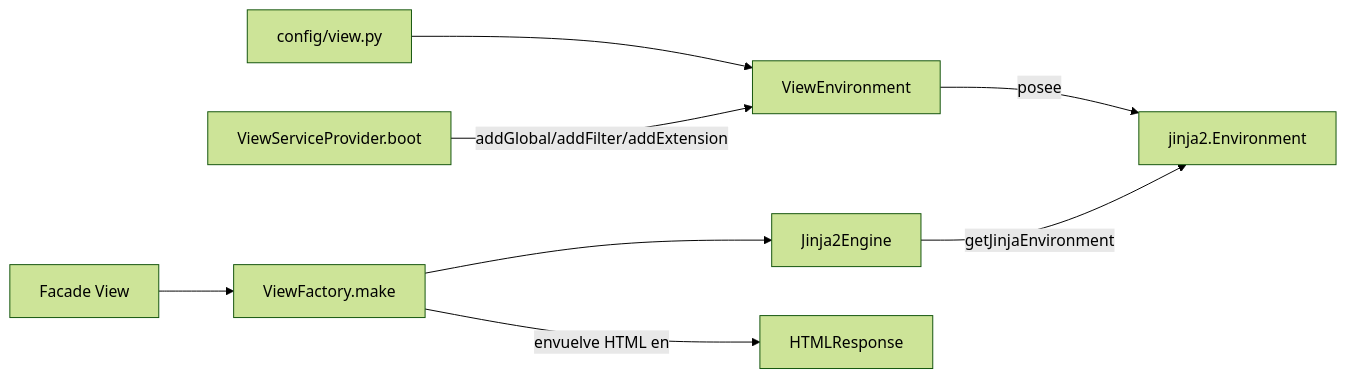
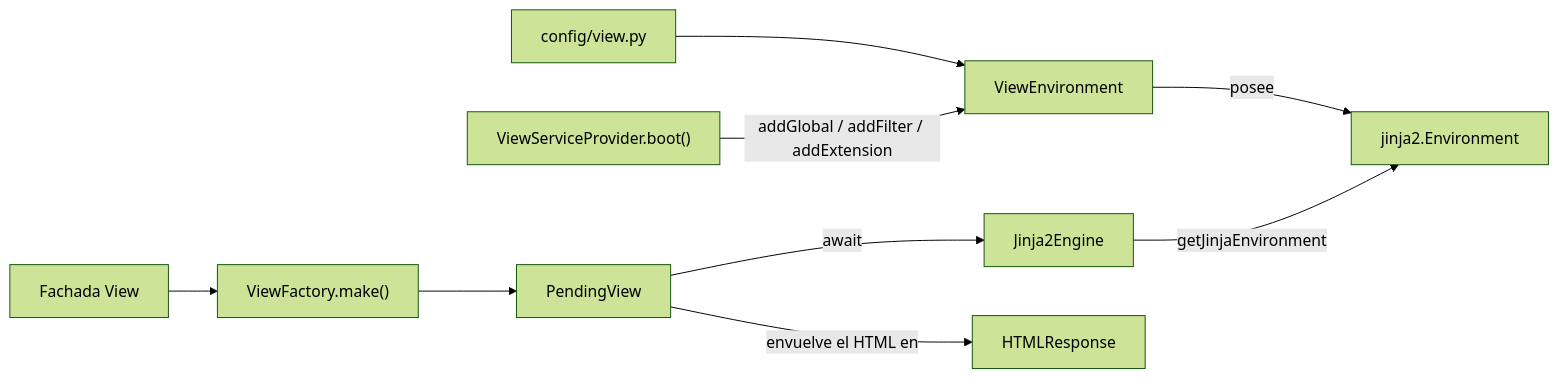
One commit to orionis-framework/framework changed the diagram in orionis/view/docs/README.es.md. Above: the diagram before and after it, drawn with Mermaid (forest theme). The commit also changed other lines of this file and 2 other files, not shown here.

````diff
--- a/orionis/view/docs/README.es.md
+++ b/orionis/view/docs/README.es.md
@@ -74,10 +58,11 @@
 ```mermaid
 graph LR
-    A[config/view.py] --> B[ViewEnvironment]
-    B -->|posee| C[jinja2.Environment]
-    D[ViewServiceProvider.boot] -->|addGlobal/addFilter/addExtension| B
+    A["config/view.py"] --> B[ViewEnvironment]
+    B -->|posee| C["jinja2.Environment"]
+    D["ViewServiceProvider.boot()"] -->|addGlobal / addFilter / addExtension| B
     E[Jinja2Engine] -->|getJinjaEnvironment| C
-    F[ViewFactory.make] --> E
-    F -->|envuelve HTML en| G[HTMLResponse]
-    H[Facade View] --> F
+    F["ViewFactory.make()"] --> G[PendingView]
+    G -->|await| E
+    G -->|envuelve el HTML en| H[HTMLResponse]
+    I["Fachada View"] --> F
 ```
````
